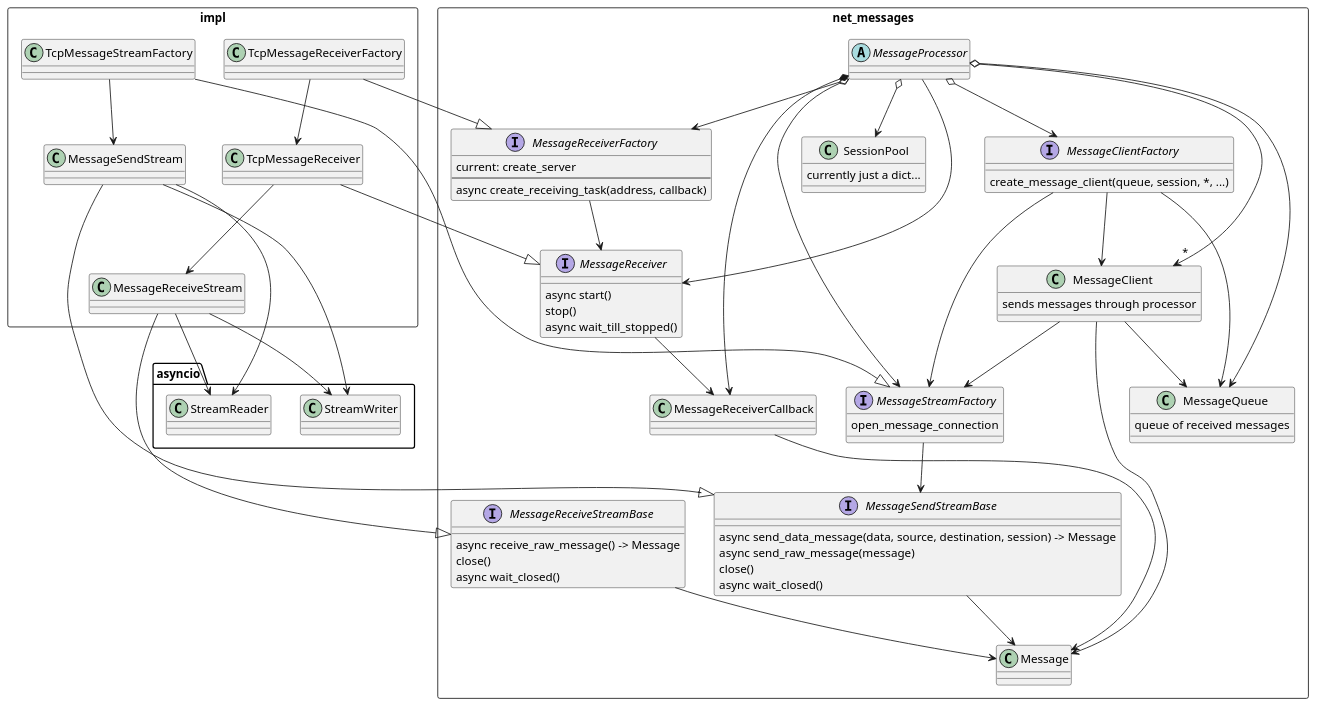
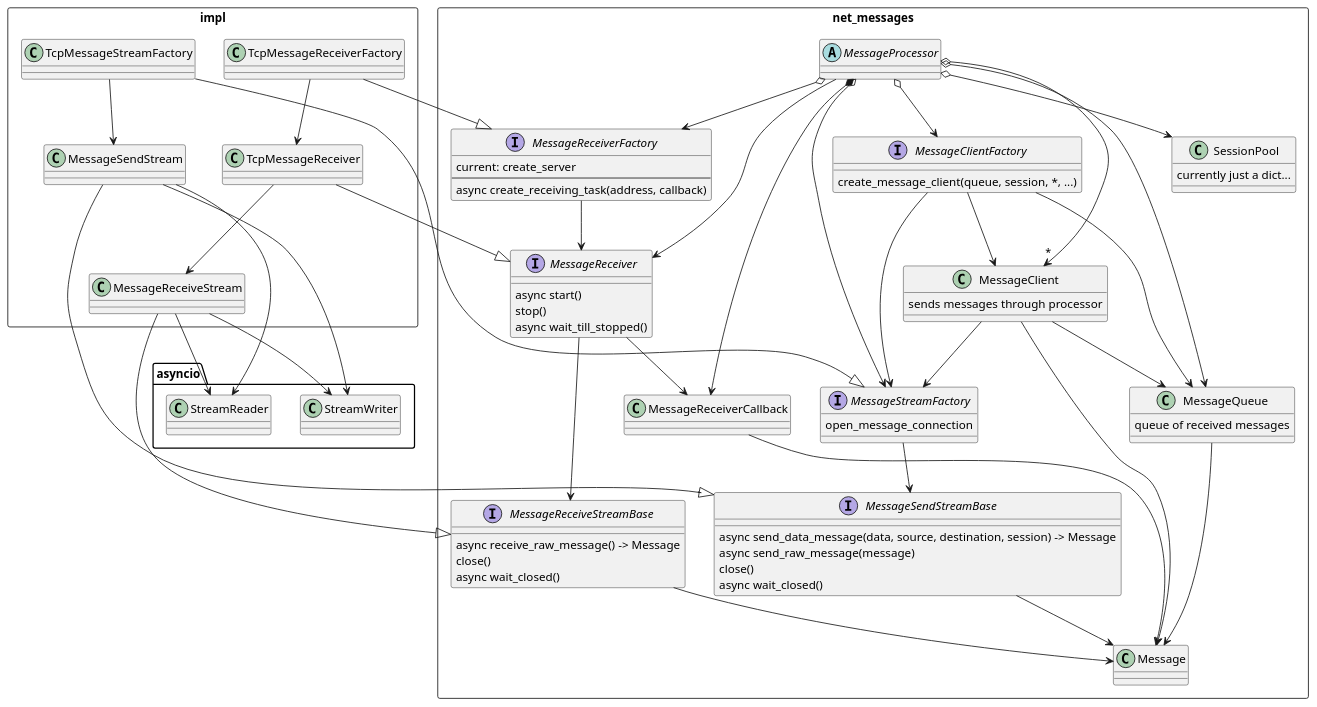
Before and after one commit to pedohorse/lifeblood: the diagram in docs/source/diagrams/messages.puml, drawn with PlantUML.

```diff
--- a/docs/source/diagrams/messages.puml
+++ b/docs/source/diagrams/messages.puml
@@ -1,110 +1,113 @@
 @startuml
 
 
 
 rectangle "net_messages"{
   'class MessageData << (D,lightblue) >>
   class MessageClient{
     sends messages through processor
   }
 
   interface MessageReceiver{
     async start()
     stop()
     async wait_till_stopped()
   }
   class MessageReceiverCallback
   abstract MessageProcessor
   
   'interface IMessage
   class Message
 
   class SessionPool{
     currently just a dict...
   }
   class MessageQueue{
     queue of received messages
   }
 
   interface MessageStreamFactory{
     open_message_connection
   }
   interface MessageReceiverFactory{
     current: create_server
     --
     async create_receiving_task(address, callback)
   }
   interface MessageClientFactory{
     create_message_client(queue, session, *, ...)
   }
   interface MessageSendStreamBase{
     async send_data_message(data, source, destination, session) -> Message
     async send_raw_message(message)
     close()
     async wait_closed()
   }
   interface MessageReceiveStreamBase{
     async receive_raw_message() -> Message
     close()
     async wait_closed()
   }
 }
 
 'Message --|> IMessage
 
 MessageClientFactory --> MessageStreamFactory
 MessageClientFactory --> MessageQueue
 MessageClientFactory --> MessageClient
 
 MessageClient --> Message
 MessageClient --> MessageStreamFactory
 MessageClient --> MessageQueue
 'MessageClient --> MessageData
 
 MessageProcessor o--> MessageReceiverFactory
 MessageProcessor o--> MessageStreamFactory
 MessageProcessor o--> MessageClientFactory
 MessageProcessor o--> SessionPool
 MessageProcessor o--> MessageQueue
 MessageProcessor o--> "*" MessageClient
 MessageProcessor --> MessageReceiver
 MessageProcessor *--> MessageReceiverCallback
 
+MessageQueue --> Message
+
 MessageReceiverCallback --> Message
 
 MessageReceiverFactory --> MessageReceiver
 
 MessageReceiver --> MessageReceiverCallback
+MessageReceiver --> MessageReceiveStreamBase
 
 MessageStreamFactory --> MessageSendStreamBase
 
 MessageSendStreamBase --> Message
 MessageReceiveStreamBase --> Message
 
 
 class asyncio.StreamReader
 class asyncio.StreamWriter
 
 rectangle impl {
   'TcpMessageSender --|> MessageStream
   TcpMessageReceiver --|> MessageReceiver
   TcpMessageStreamFactory --|> MessageStreamFactory
   TcpMessageReceiverFactory --|> MessageReceiverFactory
 
   MessageSendStream --|> MessageSendStreamBase
   MessageReceiveStream --|> MessageReceiveStreamBase
 
   TcpMessageReceiverFactory --> TcpMessageReceiver
   TcpMessageReceiver --> MessageReceiveStream
 
   TcpMessageStreamFactory --> MessageSendStream
 
   MessageSendStream --> asyncio.StreamReader
   MessageSendStream --> asyncio.StreamWriter
   MessageReceiveStream --> asyncio.StreamReader
   MessageReceiveStream --> asyncio.StreamWriter
 
   
 }
 
 @enduml
```
